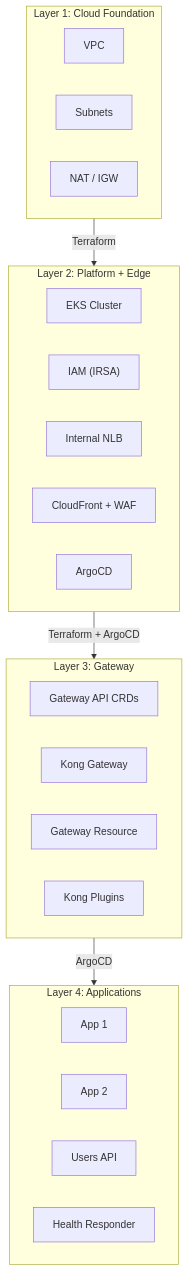
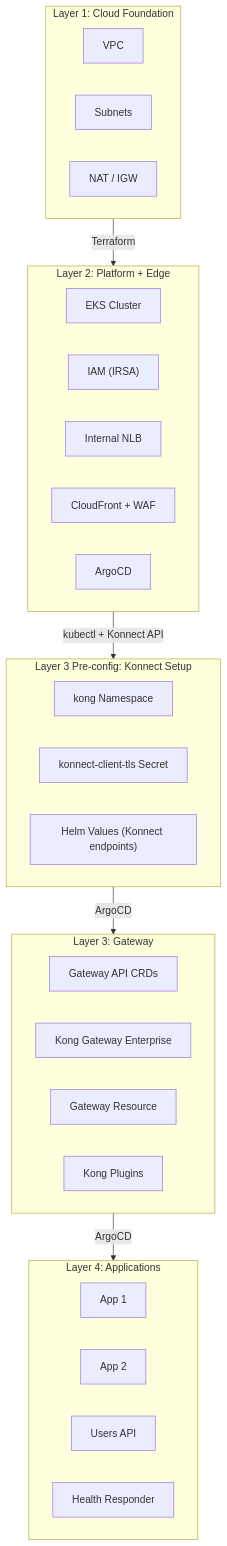
The sixth of 12 diagrams in README.md (shanaka-versent/EKS-Kong-GatewayAPI-Demo), drawn with Mermaid before and after one commit. The commit also changed other lines of this file, not shown here.

First line of the commit message:
Align deployment steps with 4-layer architecture

````diff
--- a/README.md
+++ b/README.md
@@ -324,38 +324,46 @@
 ```mermaid
 flowchart TB
     subgraph L1["Layer 1: Cloud Foundation"]
         direction LR
         VPC["VPC"]
         Subnets["Subnets"]
         NAT["NAT / IGW"]
     end
 
     subgraph L2["Layer 2: Platform + Edge"]
         direction LR
         EKS["EKS Cluster"]
         IAM["IAM (IRSA)"]
         NLB["Internal NLB"]
         CF["CloudFront + WAF"]
         ArgoCD["ArgoCD"]
     end
 
+    subgraph L3Pre["Layer 3 Pre-config: Konnect Setup"]
+        direction LR
+        NS["kong Namespace"]
+        TLS["konnect-client-tls Secret"]
+        HelmVals["Helm Values (Konnect endpoints)"]
+    end
+
     subgraph L3["Layer 3: Gateway"]
         direction LR
         CRDs["Gateway API CRDs"]
-        KongGW["Kong Gateway"]
+        KongGW["Kong Gateway Enterprise"]
         GW["Gateway Resource"]
         KPlugins["Kong Plugins"]
     end
 
     subgraph L4["Layer 4: Applications"]
         direction LR
         App1["App 1"]
         App2["App 2"]
         UsersAPI["Users API"]
         HealthResp["Health Responder"]
     end
 
     L1 -->|"Terraform"| L2
-    L2 -->|"Terraform + ArgoCD"| L3
+    L2 -->|"kubectl + Konnect API"| L3Pre
+    L3Pre -->|"ArgoCD"| L3
     L3 -->|"ArgoCD"| L4
 ```
````
